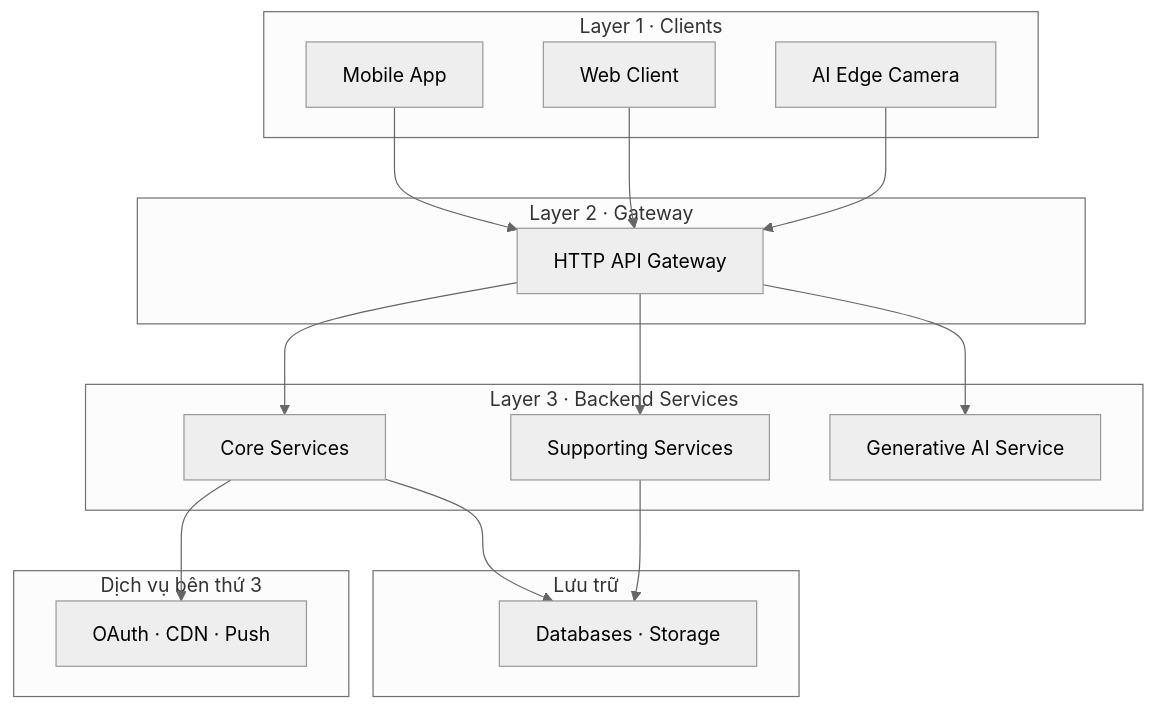
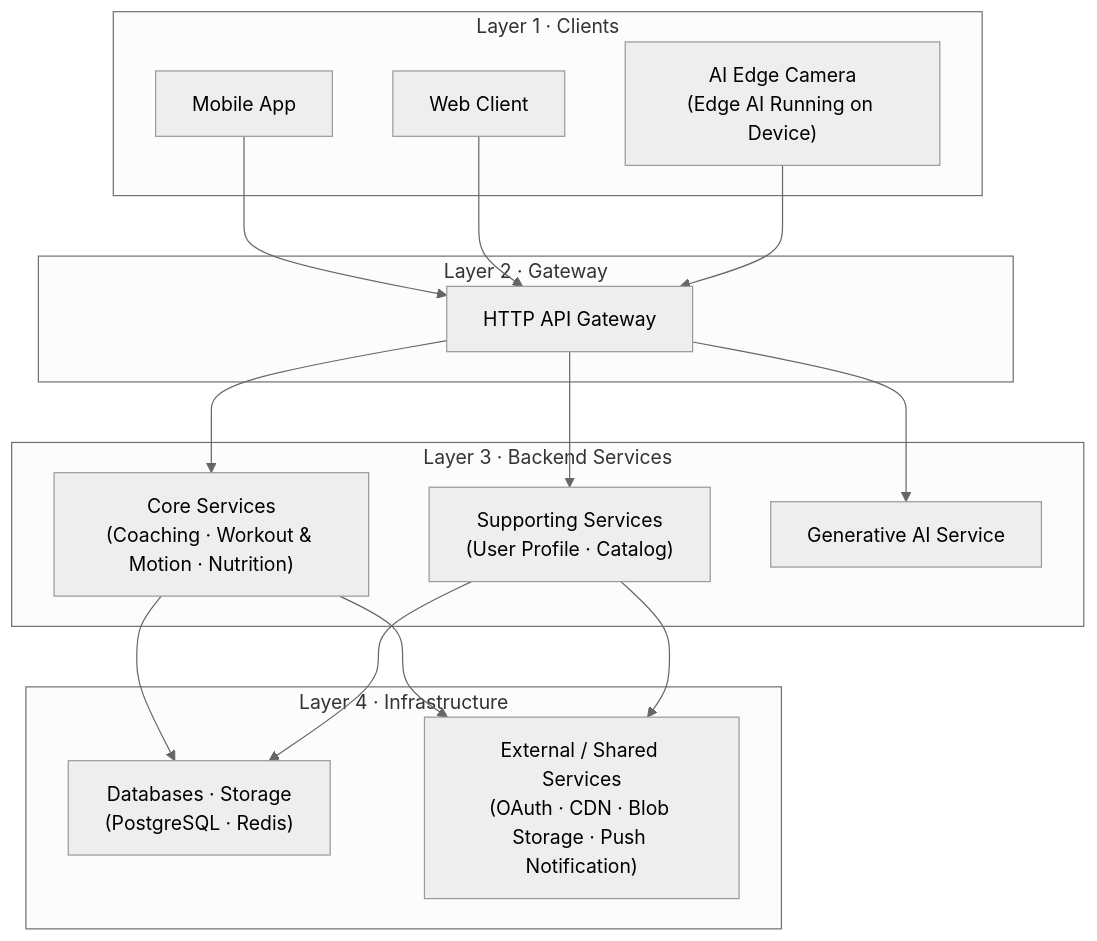
The diagram in docs/01_architecture.md (viethung213/gym-companion), drawn with Mermaid (neutral theme) before and after one commit. The commit also changed other lines of this file and 5 other files, not shown here.

Commit message:
📝 docs(architecture): simplify documentation and modular design specs

````diff
--- a/docs/01_architecture.md
+++ b/docs/01_architecture.md
@@ -15,38 +15,37 @@
 ```mermaid
 graph TB
     subgraph "Layer 1 · Clients"
         Mobile["Mobile App"]
         Web["Web Client"]
-        Edge["AI Edge Camera"]
+        Edge["AI Edge Camera<br/>(Edge AI Running on Device)"]
     end
 
     subgraph "Layer 2 · Gateway"
         GW["HTTP API Gateway"]
     end
 
     subgraph "Layer 3 · Backend Services"
-        Core["Core Services"]
-        Support["Supporting Services"]
+        Core["Core Services<br/>(Coaching · Workout & Motion · Nutrition)"]
+        Support["Supporting Services<br/>(User Profile · Catalog)"]
         GenAI["Generative AI Service"]
     end
 
-    subgraph "Lưu trữ"
-        DB["Databases · Storage"]
-    end
-
-    subgraph "Dịch vụ bên thứ 3"
-        Ext["OAuth · CDN · Push"]
+    subgraph "Layer 4 · Infrastructure"
+        DB["Databases · Storage<br/>(PostgreSQL · Redis)"]
+        Ext["External / Shared Services<br/>(OAuth · CDN · Blob Storage · Push Notification)"]
     end
 
     Mobile --> GW
     Web --> GW
     Edge --> GW
 
     GW --> Core
     GW --> Support
     GW --> GenAI
 
     Core --> DB
     Support --> DB
+    
     Core --> Ext
+    Support --> Ext
 ```
````
